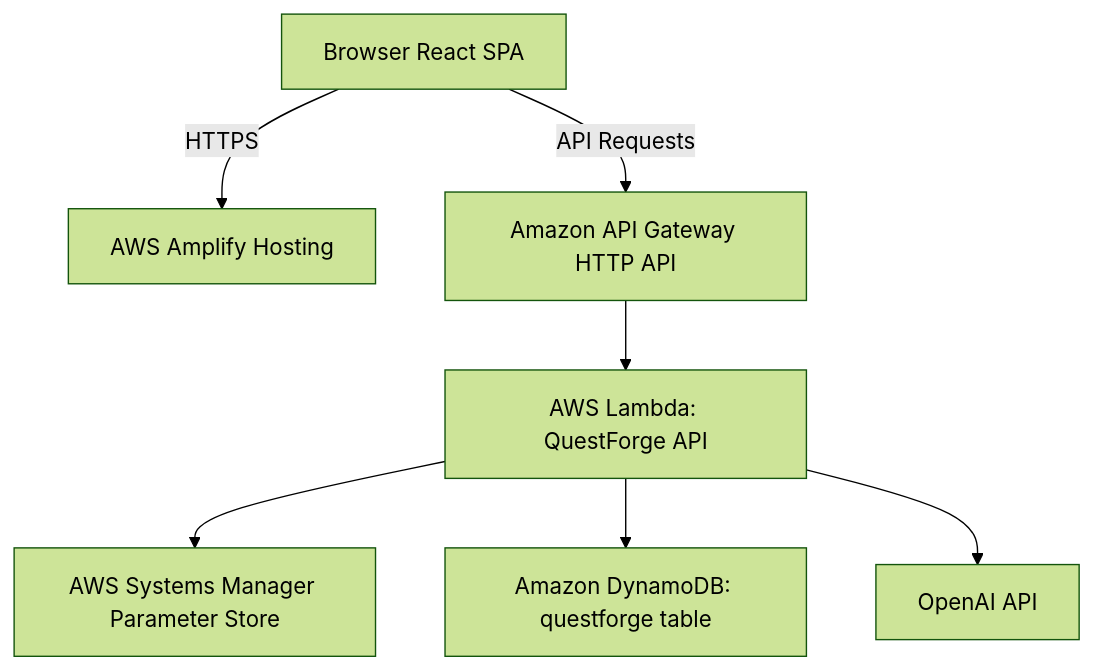
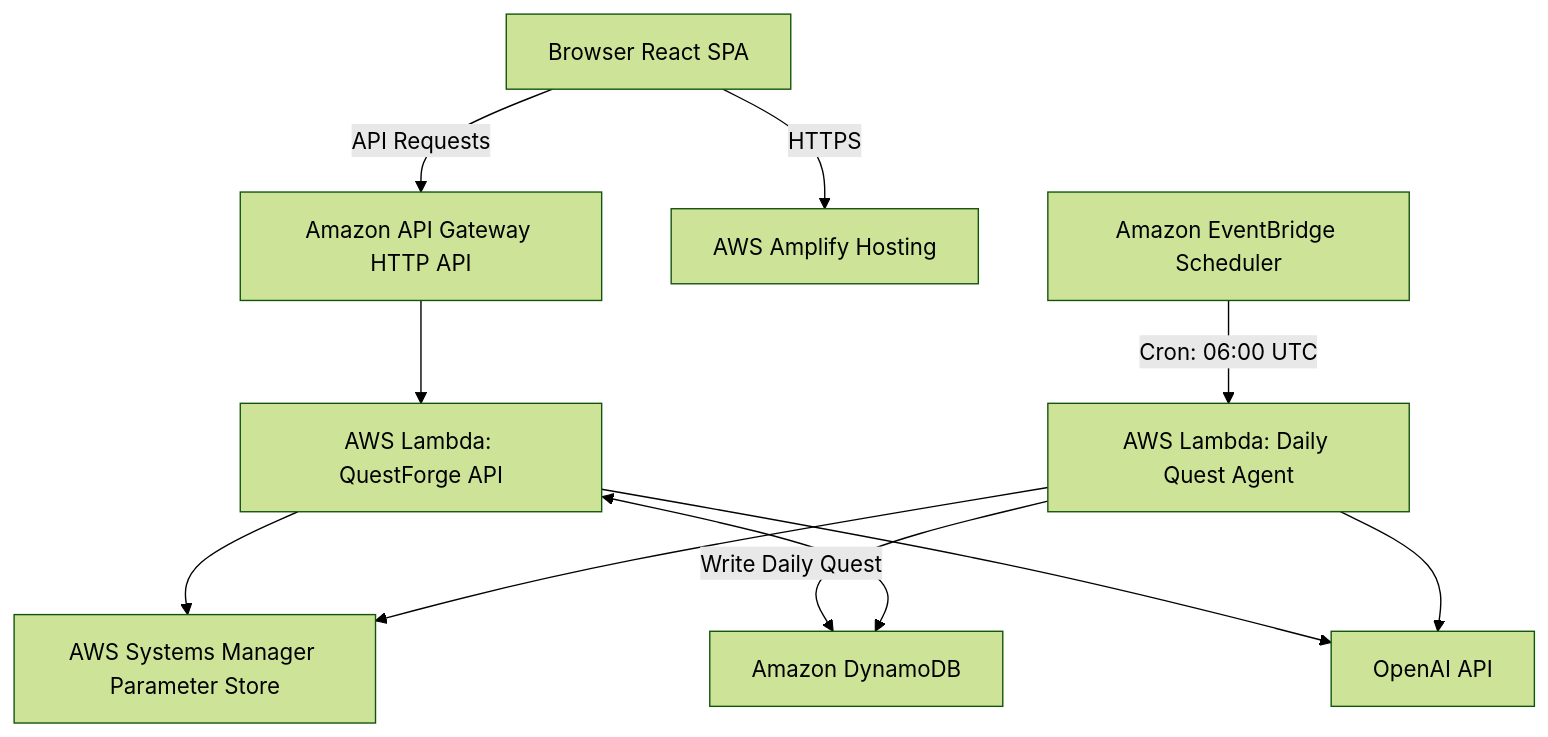
Before and after one commit to joelanarba/questforge: the diagram in docs/article-draft.md, drawn with Mermaid (forest theme). The commit also changed other lines of this file and 8 other files, not shown here.

Commit message:
Turn into an always-on agent with Daily Quest feature

````diff
--- a/docs/article-draft.md
+++ b/docs/article-draft.md
@@ -25,9 +21,14 @@
 ```mermaid
 graph TD
+    Scheduler[Amazon EventBridge Scheduler] -->|Cron: 06:00 UTC| AgentLambda[AWS Lambda: Daily Quest Agent]
+    AgentLambda -->|Write Daily Quest| DynamoDB[Amazon DynamoDB]
+    
     Client[Browser React SPA] -->|HTTPS| Amplify[AWS Amplify Hosting]
     Client -->|API Requests| APIGW[Amazon API Gateway HTTP API]
     APIGW --> Lambda[AWS Lambda: QuestForge API]
     Lambda --> SSM[AWS Systems Manager Parameter Store]
-    Lambda --> DynamoDB[Amazon DynamoDB: questforge table]
+    Lambda <--> DynamoDB
     Lambda --> OpenAI[OpenAI API]
+    AgentLambda --> SSM
+    AgentLambda --> OpenAI
 ```
````
